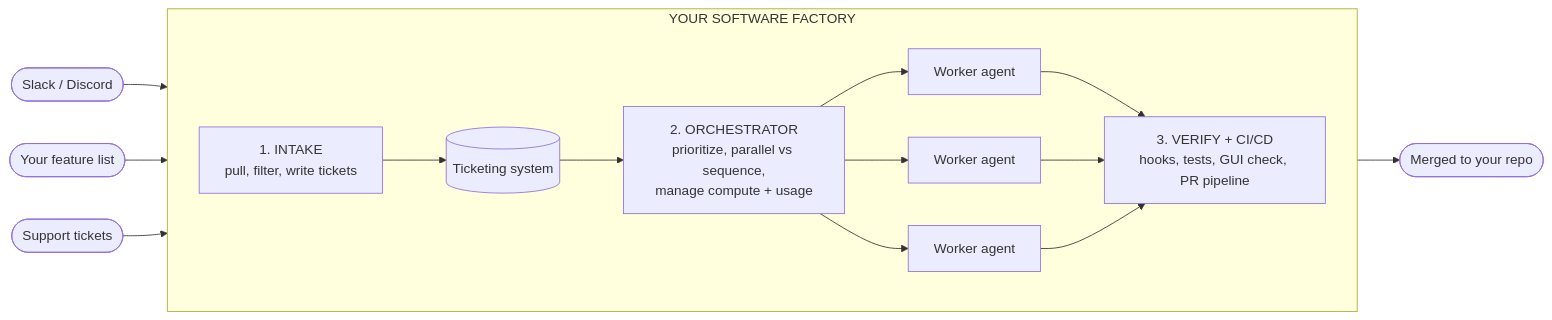
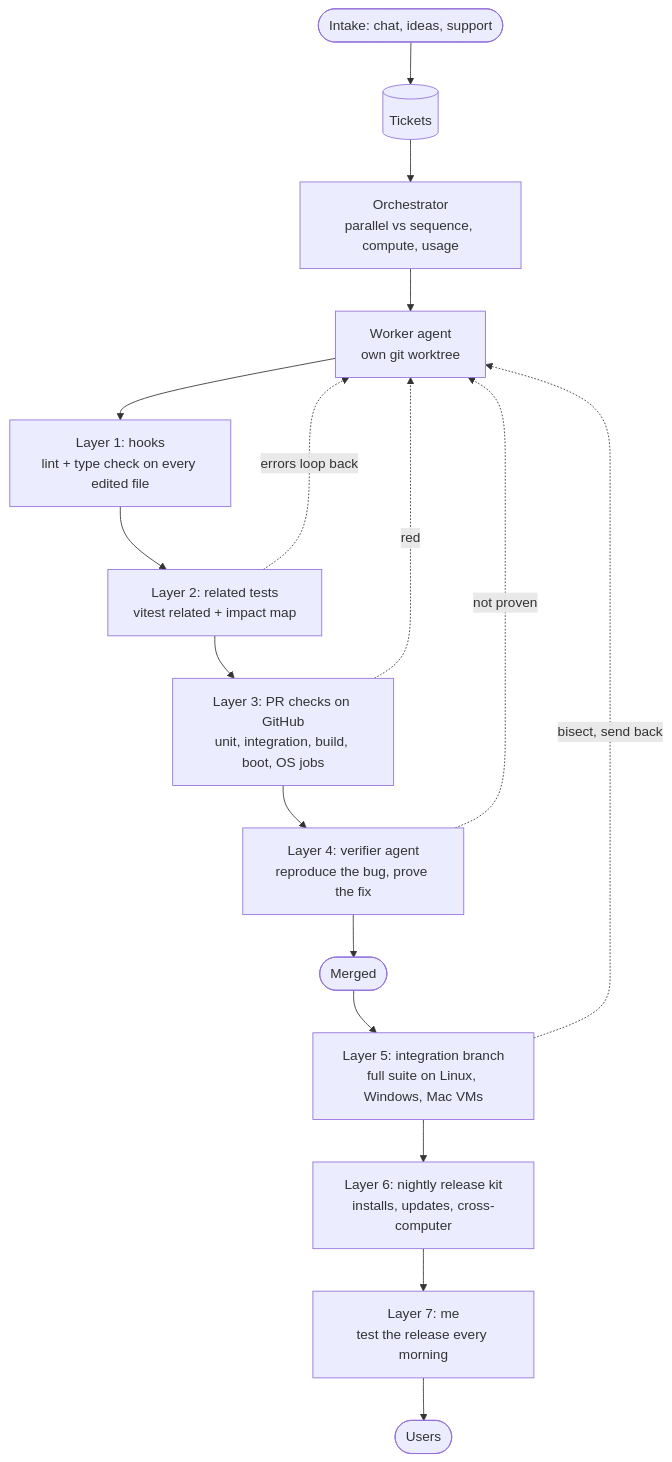
One commit to Agent-Architects/breakdowns changed the diagram in software-factory/README.md. Above: the diagram before and after it, drawn with Mermaid. The commit also changed other lines of this file and 1 other file, not shown here.

First line of the commit message:
docs(software-factory): rebuild around the 7 layers of verification

````diff
--- a/software-factory/README.md
+++ b/software-factory/README.md
@@ -23,19 +17,19 @@
 ```mermaid
-flowchart LR
-    S1([Slack / Discord]) --> I
-    S2([Your feature list]) --> I
-    S3([Support tickets]) --> I
-    subgraph F["YOUR SOFTWARE FACTORY"]
-        direction LR
-        I["1. INTAKE<br/>pull, filter, write tickets"] --> T[("Ticketing system")]
-        T --> O["2. ORCHESTRATOR<br/>prioritize, parallel vs sequence,<br/>manage compute + usage"]
-        O --> W1["Worker agent"]
-        O --> W2["Worker agent"]
-        O --> W3["Worker agent"]
-        W1 --> V
-        W2 --> V
-        W3 --> V
-        V["3. VERIFY + CI/CD<br/>hooks, tests, GUI check, PR pipeline"]
-    end
-    V --> R([Merged to your repo])
+flowchart TD
+    IN([Intake: chat, ideas, support]) --> T[("Tickets")]
+    T --> O["Orchestrator<br/>parallel vs sequence, compute, usage"]
+    O --> A["Worker agent<br/>own git worktree"]
+    A --> L1["Layer 1: hooks<br/>lint + type check on every edited file"]
+    L1 --> L2["Layer 2: related tests<br/>vitest related + impact map"]
+    L2 --> L3["Layer 3: PR checks on GitHub<br/>unit, integration, build, boot, OS jobs"]
+    L3 --> L4["Layer 4: verifier agent<br/>reproduce the bug, prove the fix"]
+    L4 --> M([Merged])
+    M --> L5["Layer 5: integration branch<br/>full suite on Linux, Windows, Mac VMs"]
+    L5 --> L6["Layer 6: nightly release kit<br/>installs, updates, cross-computer"]
+    L6 --> L7["Layer 7: me<br/>test the release every morning"]
+    L7 --> U([Users])
+    L2 -. errors loop back .-> A
+    L3 -. red .-> A
+    L4 -. not proven .-> A
+    L5 -. bisect, send back .-> A
 ```
````
